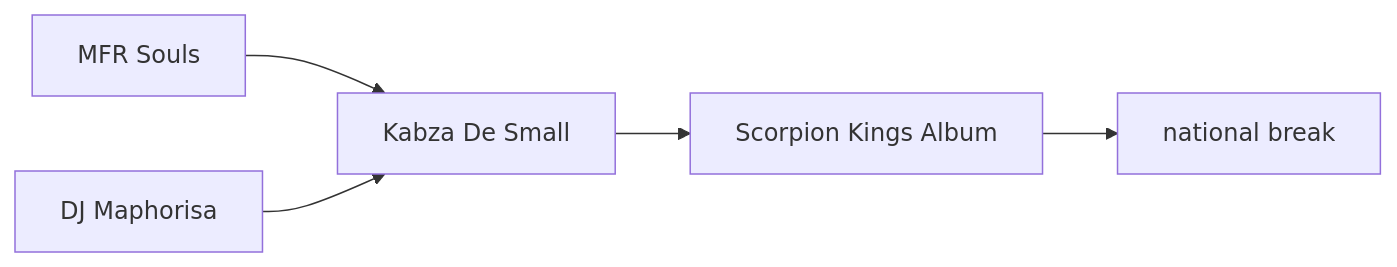
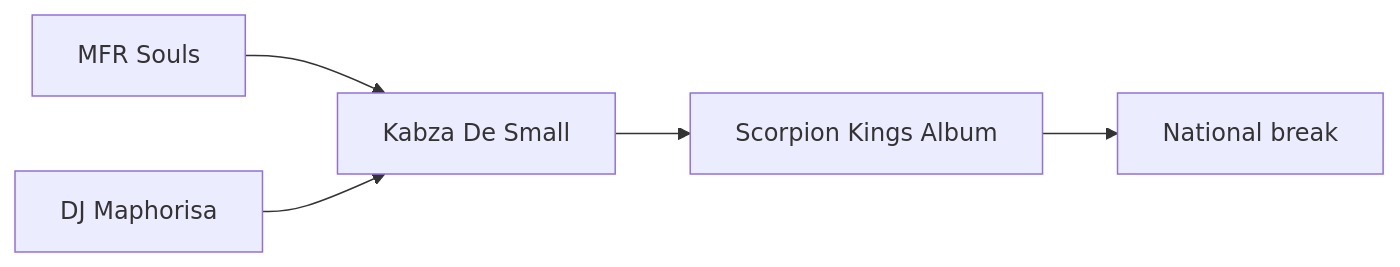
One commit to monumental-movement/monumental-movement.github.io changed the third of 8 diagrams in en/_posts/2025-11-30-column-south-african-amapiano.md. Above: the diagram before and after it, drawn with Mermaid. The commit also changed other lines of this file and 528 other files, not shown here.

```diff
--- a/en/_posts/2025-11-30-column-south-african-amapiano.md
+++ b/en/_posts/2025-11-30-column-south-african-amapiano.md
@@ -142,7 +146,7 @@
 <div class="mermaid">
 graph LR
-    MFR[MFR Souls] --> AK[Kabza De Small]
-    DJM[DJ Maphorisa] --> AK
-    AK --> SK[Scorpion Kings Album]
-    SK --> NT[national break]
+    MFR["MFR Souls"] --> KAB["Kabza De Small"]
+    MAP["DJ Maphorisa"] --> KAB
+    KAB --> SK["Scorpion Kings Album"]
+    SK --> NB["National break"]
 </div>
```
